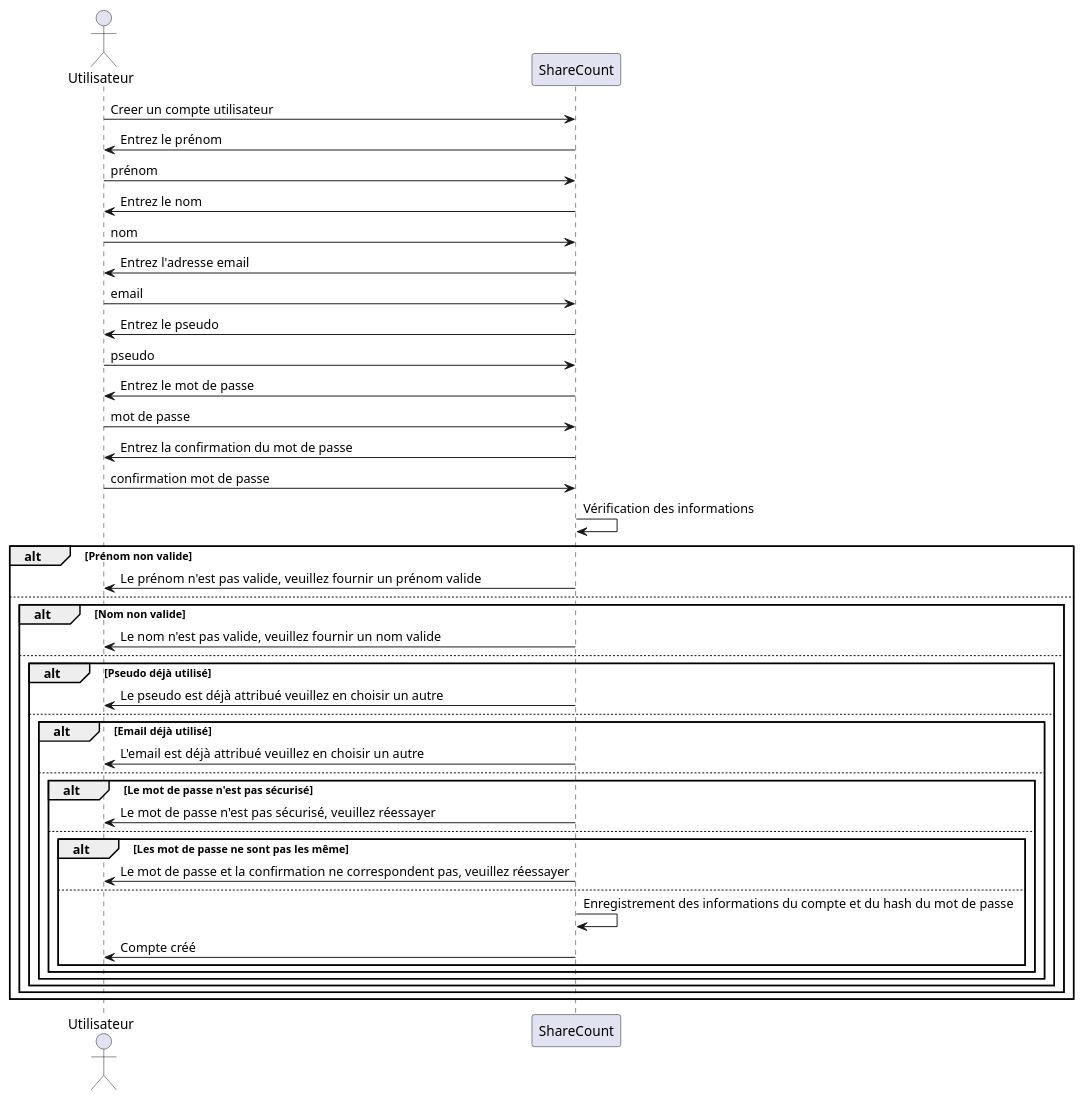
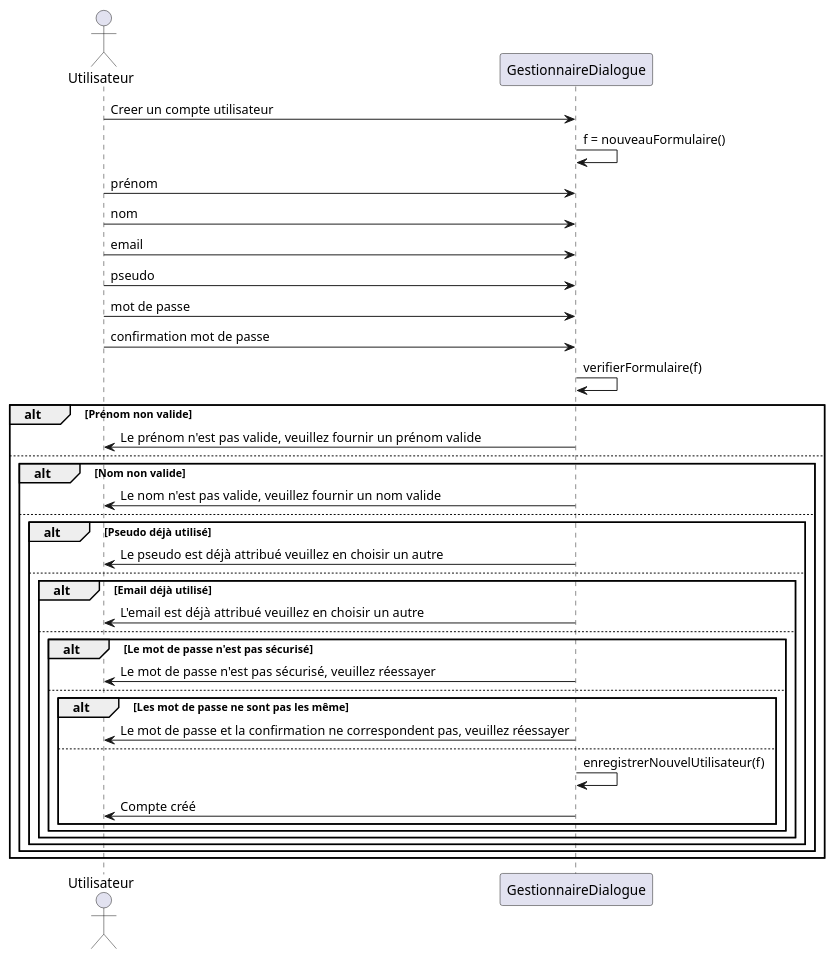
One commit to lmtb06/sharecount changed the diagram in diagrammes/conception/creer-compte-utilisateur.puml. Above: the diagram before and after it, drawn with PlantUML.

Commit message:
Ajouté le cas d'utilisation de créer un compte utilisateur pour la conception

```diff
--- a/diagrammes/conception/creer-compte-utilisateur.puml
+++ b/diagrammes/conception/creer-compte-utilisateur.puml
@@ -1,47 +1,40 @@
-@startuml  Créer compte personnel
-
+@startuml
 actor "Utilisateur" as user
-participant ShareCount as sc
+participant GestionnaireDialogue as sc
 
 user 	-> 	sc : Creer un compte utilisateur
-user 	<- 	sc : Entrez le prénom
+sc 	-> 	sc : f = nouveauFormulaire()
 user 	-> 	sc : prénom
-user 	<- 	sc : Entrez le nom
 user 	-> 	sc : nom
-user 	<- 	sc : Entrez l'adresse email
 user 	-> 	sc : email
-user 	<- 	sc : Entrez le pseudo
 user 	-> 	sc : pseudo
-user 	<- 	sc : Entrez le mot de passe
 user 	-> 	sc : mot de passe
-user 	<- 	sc : Entrez la confirmation du mot de passe
 user 	-> 	sc : confirmation mot de passe
-sc 	-> 	sc : Vérification des informations
+sc 	-> 	sc : verifierFormulaire(f)
 alt Prénom non valide
 user 	<- 	sc : Le prénom n'est pas valide, veuillez fournir un prénom valide
 else
 alt Nom non valide
 user 	<- 	sc : Le nom n'est pas valide, veuillez fournir un nom valide
 else
 alt Pseudo déjà utilisé
 user 	<- 	sc : Le pseudo est déjà attribué veuillez en choisir un autre
 else
 alt Email déjà utilisé
 user 	<- 	sc : L'email est déjà attribué veuillez en choisir un autre
 else
 alt Le mot de passe n'est pas sécurisé
 user 	<- 	sc : Le mot de passe n'est pas sécurisé, veuillez réessayer
 else
 alt Les mot de passe ne sont pas les même
 user 	<- 	sc : Le mot de passe et la confirmation ne correspondent pas, veuillez réessayer
 else
-sc 	-> 	sc : Enregistrement des informations du compte et du hash du mot de passe
+sc 	-> 	sc : enregistrerNouvelUtilisateur(f)
 user 	<- 	sc : Compte créé
 end
 end
 end
 end
 end
 end
-
 @enduml
```
